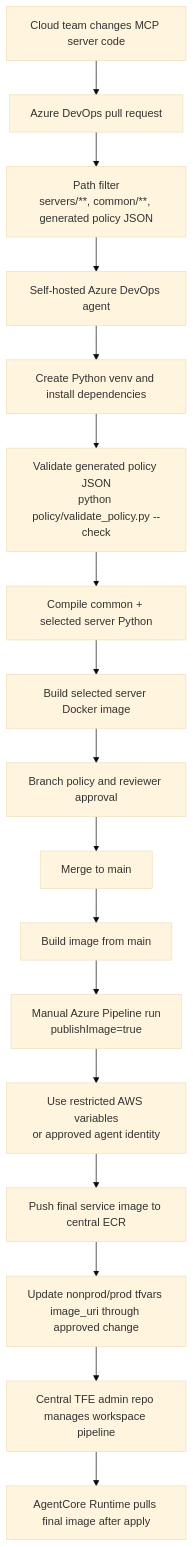
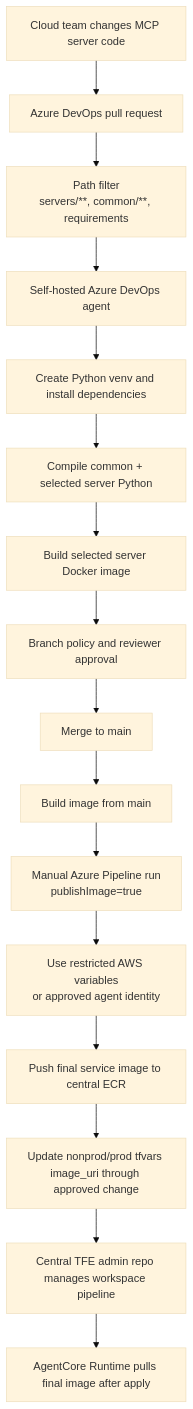
The first of 7 diagrams in docs/architecture/devops-workflows.md (ron8520/mcp_poc), drawn with Mermaid (base theme) before and after one commit. The commit also changed other lines of this file and 91 other files, not shown here.

````diff
--- a/docs/architecture/devops-workflows.md
+++ b/docs/architecture/devops-workflows.md
@@ -10,19 +11,18 @@
 ```mermaid
 flowchart TD
     Dev["Cloud team changes MCP server code"] --> PR["Azure DevOps pull request"]
-    PR --> Paths["Path filter\nservers/**, common/**, generated policy JSON"]
+    PR --> Paths["Path filter\nservers/**, common/**, requirements"]
     Paths --> Agent["Self-hosted Azure DevOps agent"]
     Agent --> Install["Create Python venv and install dependencies"]
-    Install --> PolicyCheck["Validate generated policy JSON\npython policy/validate_policy.py --check"]
-    PolicyCheck --> Compile["Compile common + selected server Python"]
+    Install --> Compile["Compile common + selected server Python"]
     Compile --> DockerBuild["Build selected server Docker image"]
     DockerBuild --> Review["Branch policy and reviewer approval"]
     Review --> Merge["Merge to main"]
     Merge --> MainBuild["Build image from main"]
     MainBuild --> ManualRun["Manual Azure Pipeline run\npublishImage=true"]
     ManualRun --> Auth["Use restricted AWS variables\nor approved agent identity"]
     Auth --> Push["Push final service image to central ECR"]
     Push --> Tfvars["Update nonprod/prod tfvars image_uri through approved change"]
     Tfvars --> TFEAdmin["Central TFE admin repo manages workspace pipeline"]
     TFEAdmin --> Runtime["AgentCore Runtime pulls final image after apply"]
 ```
````
